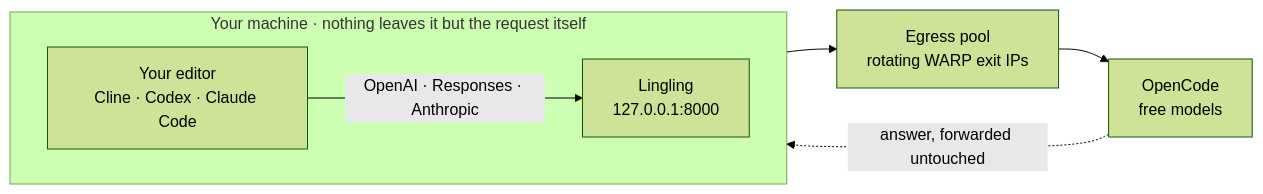
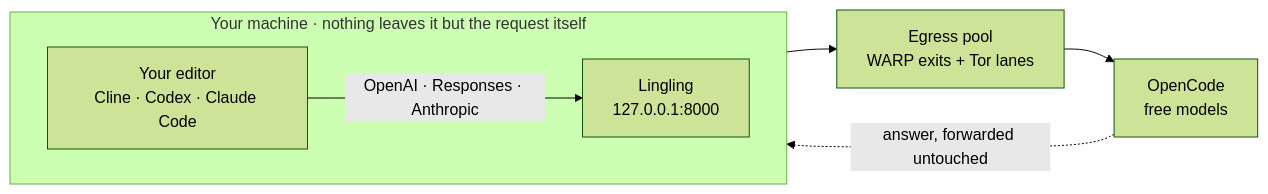
One commit to huranth/lingling changed the first of 16 diagrams in README.md. Above: the diagram before and after it, drawn with Mermaid (forest theme). The commit also changed other lines of this file and 2 other files, not shown here.

````diff
--- a/README.md
+++ b/README.md
@@ -5,14 +5,14 @@
 ```mermaid
 flowchart LR
     subgraph local["Your machine · nothing leaves it but the request itself"]
         direction LR
         E["Your editor<br/>Cline · Codex · Claude Code"]
         L["Lingling<br/>127.0.0.1:8000"]
     end
-    P["Egress pool<br/>rotating WARP exit IPs"]
+    P["Egress pool<br/>WARP exits + Tor lanes"]
     O["OpenCode<br/>free models"]
     E -->|"OpenAI · Responses · Anthropic"| L
     L --> P
     P --> O
     O -.->|"answer, forwarded untouched"| E
 ```
````
